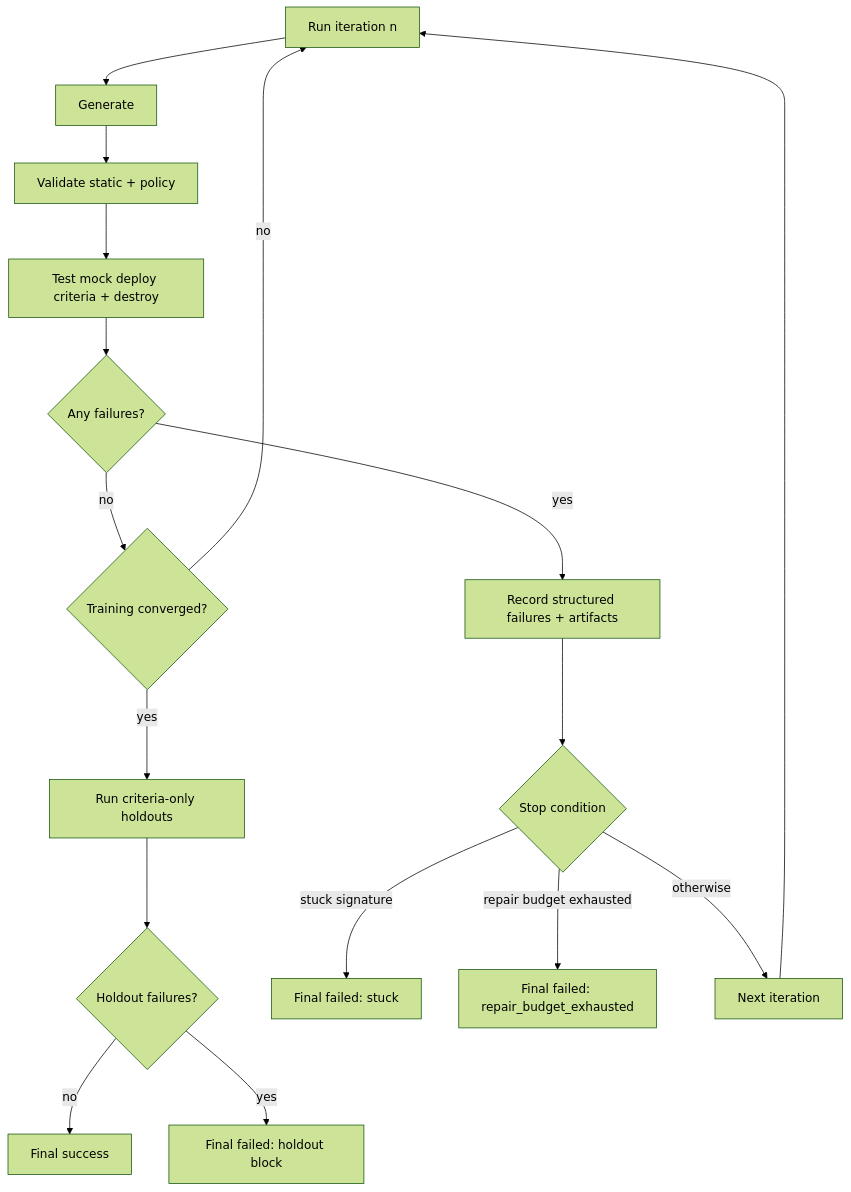
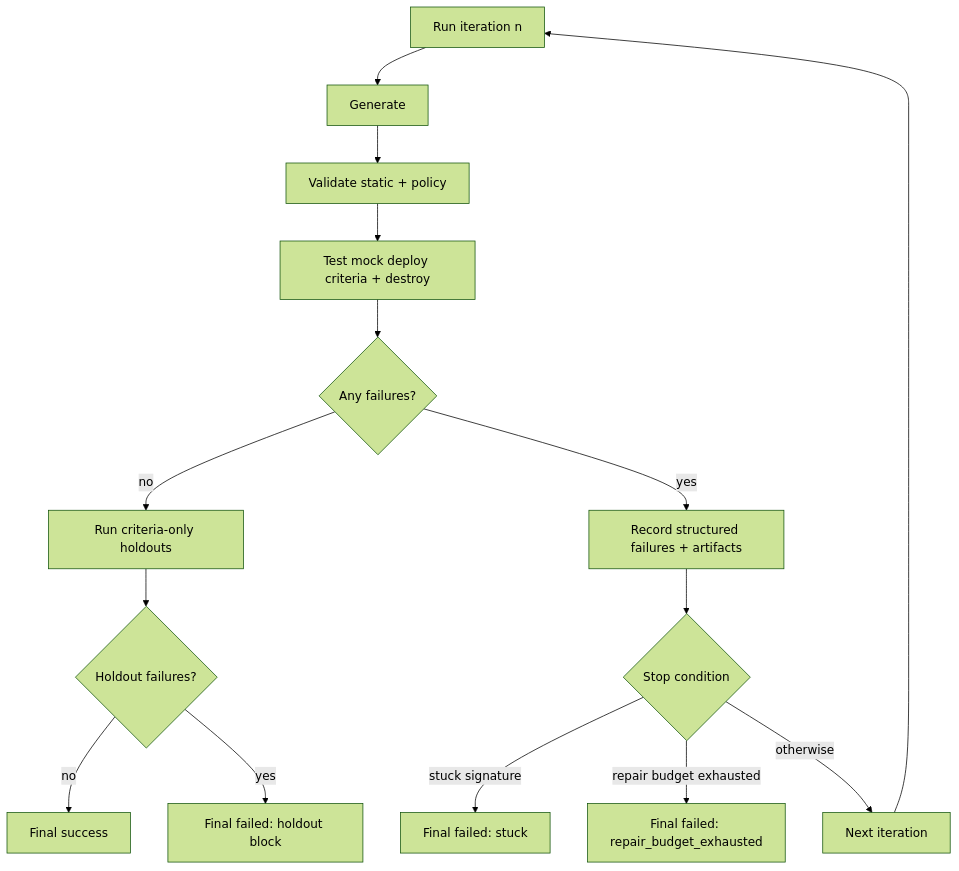
One commit to redscaresu/infrafactory changed the third of 3 diagrams in README.md. Above: the diagram before and after it, drawn with Mermaid (forest theme). The commit also changed other lines of this file and 34 other files, not shown here.

````diff
--- a/README.md
+++ b/README.md
@@ -102,20 +102,18 @@
 ```mermaid
 flowchart TD
     A[Run iteration n] --> B[Generate]
     B --> C[Validate static + policy]
     C --> D[Test mock deploy criteria + destroy]
     D --> E{Any failures?}
-    E -- no --> F{Training converged?}
-    F -- no --> A
-    F -- yes --> G[Run criteria-only holdouts]
+    E -- no --> G[Run criteria-only holdouts]
     G --> H{Holdout failures?}
     H -- no --> I[Final success]
     H -- yes --> J[Final failed: holdout block]
 
     E -- yes --> K[Record structured failures + artifacts]
     K --> L{Stop condition}
     L -- stuck signature --> M[Final failed: stuck]
     L -- repair budget exhausted --> N[Final failed: repair_budget_exhausted]
     L -- otherwise --> O[Next iteration]
     O --> A
 ```
````
